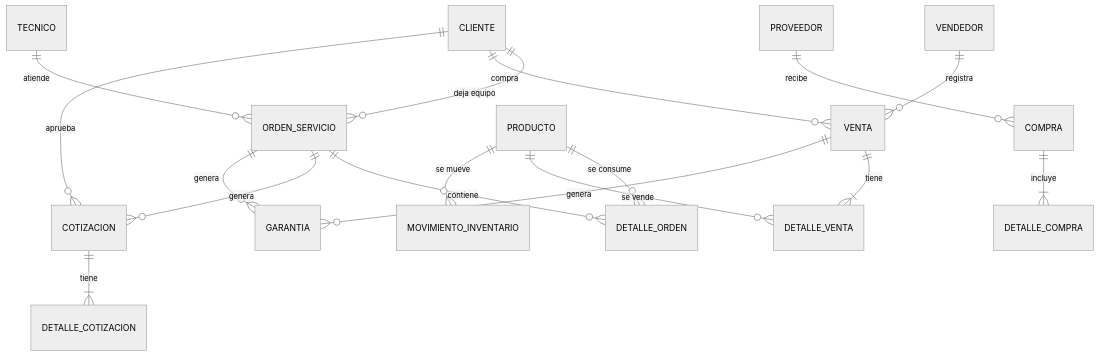
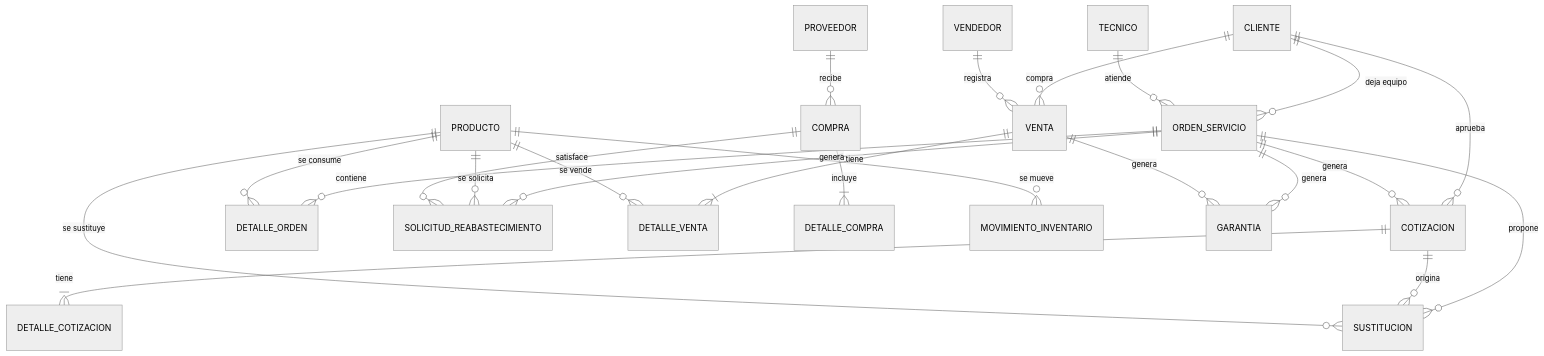
The first of 5 diagrams in docs/05-data-model.md (Magh97/techfix-product), drawn with Mermaid (neutral theme) before and after one commit. The commit also changed other lines of this file and 3 other files, not shown here.

````diff
--- a/docs/05-data-model.md
+++ b/docs/05-data-model.md
@@ -9,19 +9,25 @@
 ```mermaid
 erDiagram
     CLIENTE ||--o{ ORDEN_SERVICIO : "deja equipo"
     CLIENTE ||--o{ VENTA : "compra"
     CLIENTE ||--o{ COTIZACION : "aprueba"
     VENDEDOR ||--o{ VENTA : "registra"
     TECNICO ||--o{ ORDEN_SERVICIO : "atiende"
     ORDEN_SERVICIO ||--o{ DETALLE_ORDEN : "contiene"
     ORDEN_SERVICIO ||--o{ COTIZACION : "genera"
     COTIZACION ||--|{ DETALLE_COTIZACION : "tiene"
+    ORDEN_SERVICIO ||--o{ SUSTITUCION : "propone"
+    COTIZACION ||--o{ SUSTITUCION : "origina"
+    ORDEN_SERVICIO ||--o{ SOLICITUD_REABASTECIMIENTO : "genera"
     VENTA ||--|{ DETALLE_VENTA : "tiene"
     PRODUCTO ||--o{ DETALLE_ORDEN : "se consume"
     PRODUCTO ||--o{ DETALLE_VENTA : "se vende"
+    PRODUCTO ||--o{ SOLICITUD_REABASTECIMIENTO : "se solicita"
+    PRODUCTO ||--o{ SUSTITUCION : "se sustituye"
     PROVEEDOR ||--o{ COMPRA : "recibe"
     COMPRA ||--|{ DETALLE_COMPRA : "incluye"
+    COMPRA ||--o{ SOLICITUD_REABASTECIMIENTO : "satisface"
     PRODUCTO ||--o{ MOVIMIENTO_INVENTARIO : "se mueve"
     ORDEN_SERVICIO ||--o{ GARANTIA : "genera"
     VENTA ||--o{ GARANTIA : "genera"
 ```
````
